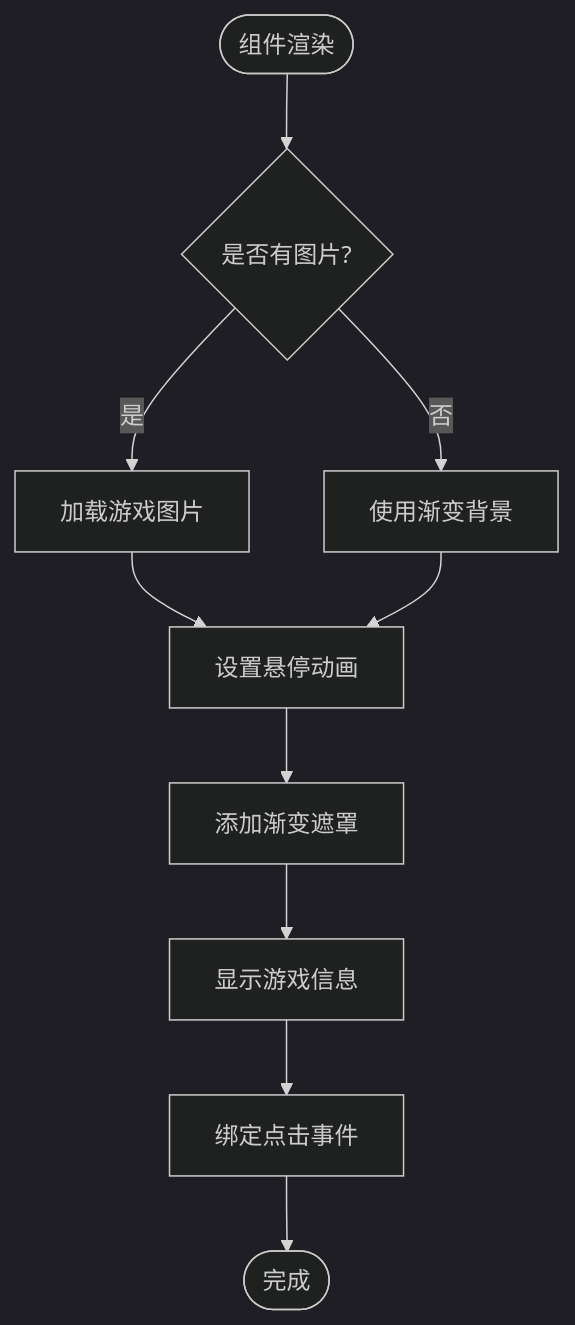
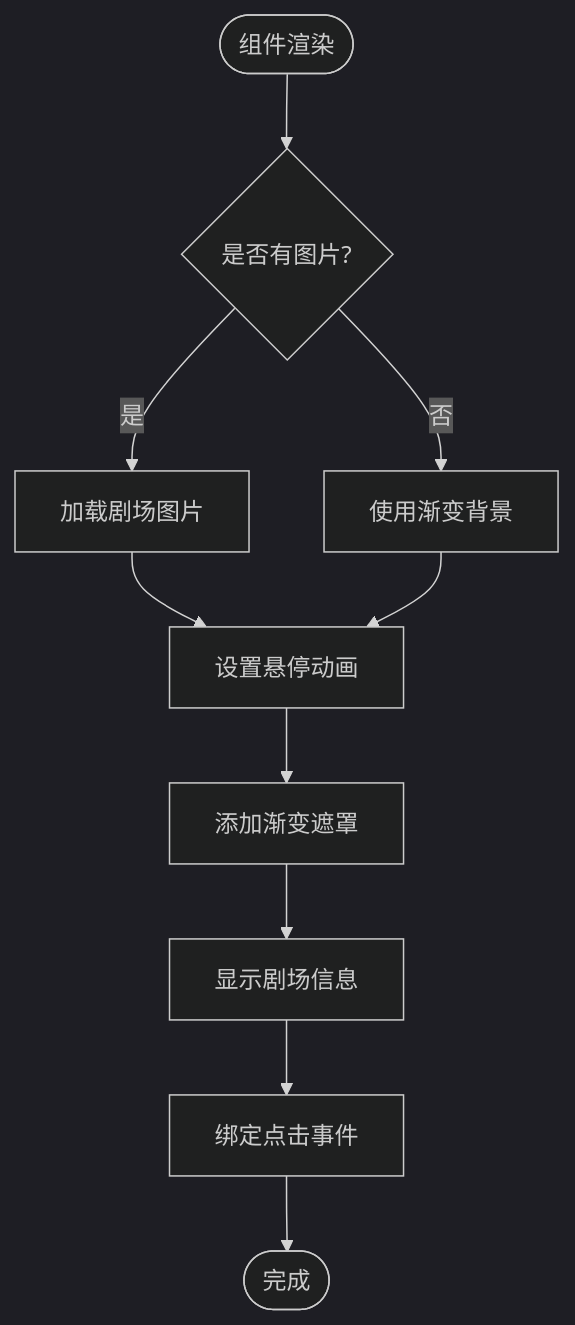
One commit to KunLabAI/KunFlix changed the third of 4 diagrams in .qoder/repowiki/zh/content/前端开发指南/游戏画布渲染系统.md. Above: the diagram before and after it, drawn with Mermaid (dark theme). The commit also changed other lines of this file and 112 other files, not shown here.

````diff
--- a/.qoder/repowiki/zh/content/前端开发指南/游戏画布渲染系统.md
+++ b/.qoder/repowiki/zh/content/前端开发指南/游戏画布渲染系统.md
@@ -162,12 +162,12 @@
 ```mermaid
 flowchart TD
 Start(["组件渲染"]) --> CheckImage{"是否有图片?"}
-CheckImage --> |是| LoadImage["加载游戏图片"]
+CheckImage --> |是| LoadImage["加载剧场图片"]
 CheckImage --> |否| GradientBG["使用渐变背景"]
 LoadImage --> HoverEffect["设置悬停动画"]
 GradientBG --> HoverEffect
 HoverEffect --> Overlay["添加渐变遮罩"]
-Overlay --> Content["显示游戏信息"]
+Overlay --> Content["显示剧场信息"]
 Content --> ClickHandler["绑定点击事件"]
 ClickHandler --> End(["完成"])
 ```
````
